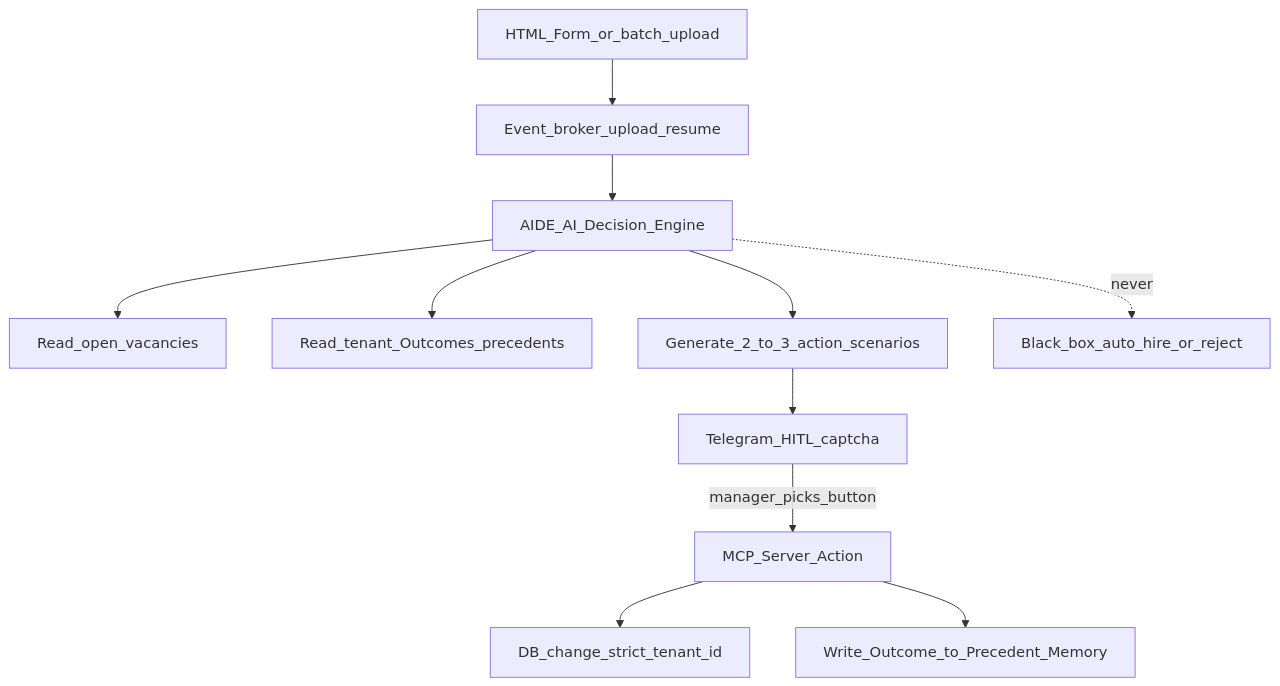
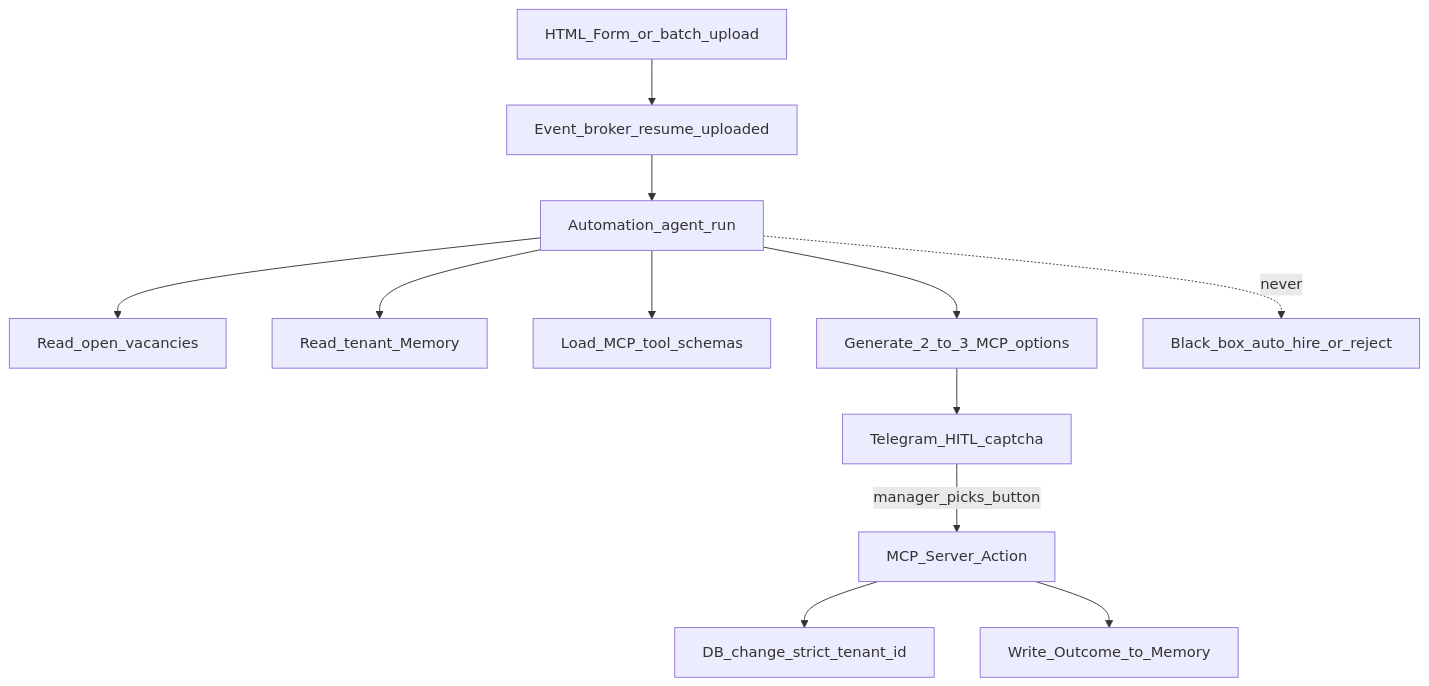
The diagram in docs/PASSPORT.md (Cartnix/HireRank), drawn with Mermaid before and after one commit. The commit also changed other lines of this file and 26 other files, not shown here.

First line of the commit message:
docs: replace AIDE with Automation HITL and Memory

````diff
--- a/docs/PASSPORT.md
+++ b/docs/PASSPORT.md
@@ -78,13 +78,14 @@
 ```mermaid
 flowchart TB
-  Upload[HTML_Form_or_batch_upload] --> Broker[Event_broker_upload_resume]
- Broker --> AIDE[AIDE_AI_Decision_Engine]
- AIDE --> Vac[Read_open_vacancies]
- AIDE --> Out[Read_tenant_Outcomes_precedents]
- AIDE --> Gen[Generate_2_to_3_action_scenarios]
+  Upload[HTML_Form_or_batch_upload] --> Broker[Event_broker_resume_uploaded]
+  Broker --> Run[Automation_agent_run]
+  Run --> Vac[Read_open_vacancies]
+  Run --> MemRead[Read_tenant_Memory]
+  Run --> Tools[Load_MCP_tool_schemas]
+  Run --> Gen[Generate_2_to_3_MCP_options]
   Gen --> TG[Telegram_HITL_captcha]
- TG -->|manager_picks_button| MCP[MCP_Server_Action]
- MCP --> DB[DB_change_strict_tenant_id]
- MCP --> Mem[Write_Outcome_to_Precedent_Memory]
- AIDE -.->|never| Box[Black_box_auto_hire_or_reject]
+  TG -->|manager_picks_button| MCP[MCP_Server_Action]
+  MCP --> DB[DB_change_strict_tenant_id]
+  MCP --> MemWrite[Write_Outcome_to_Memory]
+  Run -.->|never| Box[Black_box_auto_hire_or_reject]
 ```
````
